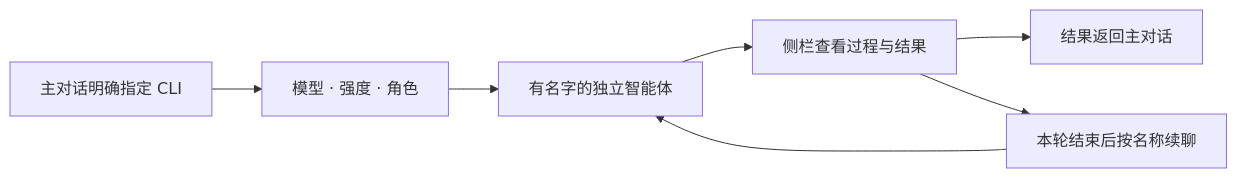
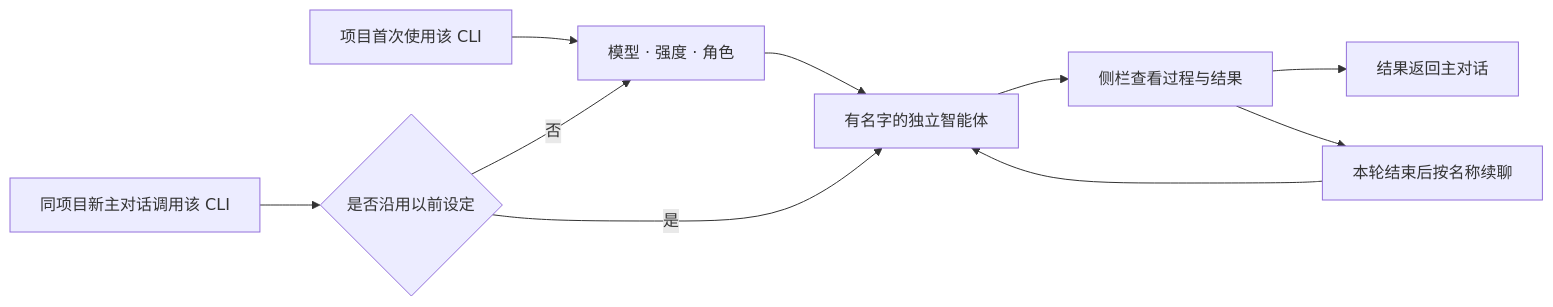
The diagram in README.md (SuperWheel/cliworker-now), drawn with Mermaid before and after one commit. The commit also changed other lines of this file and 23 other files, not shown here.

````diff
--- a/README.md
+++ b/README.md
@@ -204,9 +209,12 @@
 ```mermaid
 flowchart LR
-    A[主对话明确指定 CLI] --> B[模型 · 强度 · 角色]
-    B --> C[有名字的独立智能体]
+    A[项目首次使用该 CLI] --> B[模型 · 强度 · 角色]
+    N[同项目新主对话调用该 CLI] --> Q{是否沿用以前设定}
+    Q -->|否| B
+    Q -->|是| C[有名字的独立智能体]
+    B --> C
     C --> D[侧栏查看过程与结果]
     D --> E[结果返回主对话]
     D --> F[本轮结束后按名称续聊]
     F --> C
 ```
````
